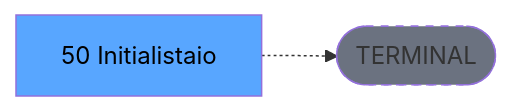
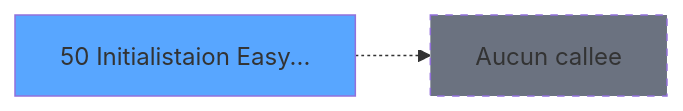
Before and after one commit to thonyAGP/magic-migration: the third of 3 diagrams in .openspec/specs/ADH-IDE-50.md, drawn with Mermaid. The commit also changed other lines of this file and 311 other files, not shown here.

````diff
--- a/.openspec/specs/ADH-IDE-50.md
+++ b/.openspec/specs/ADH-IDE-50.md
@@ -138,8 +152,8 @@
 ```mermaid
 graph LR
-    T[50   Initialistaio]
-    TERM([TERMINAL])
-    T -.-> TERM
-    style TERM fill:#6b7280,stroke-dasharray: 5 5
-    style T fill:#58a6ff,color:#000
+    T50[50 Initialistaion Easy...]
+    style T50 fill:#58a6ff
+    NONE[Aucun callee]
+    T50 -.-> NONE
+    style NONE fill:#6b7280,stroke-dasharray: 5 5
 ```
````
